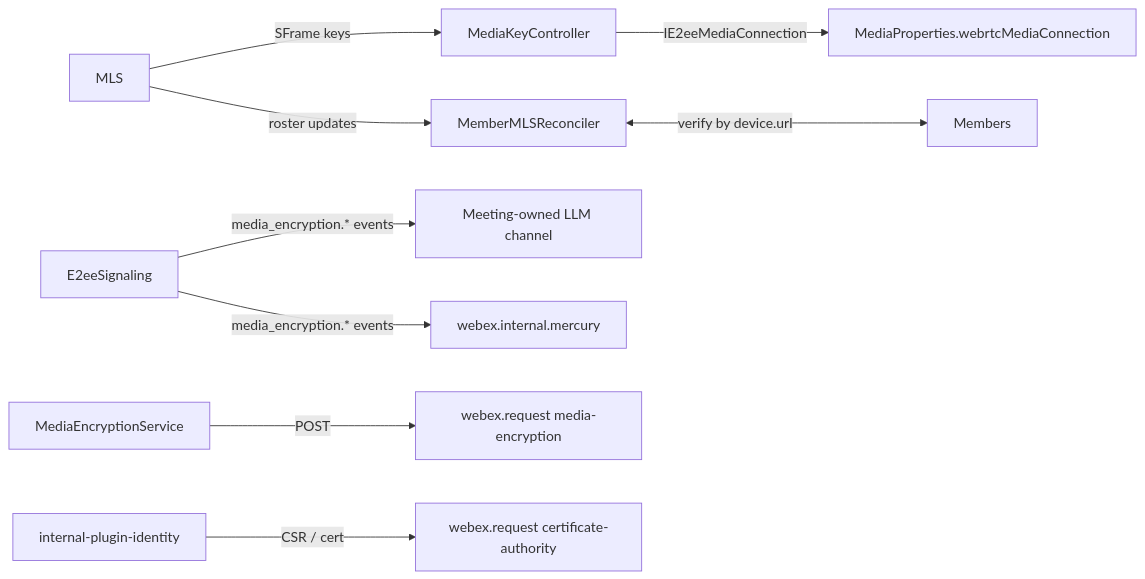
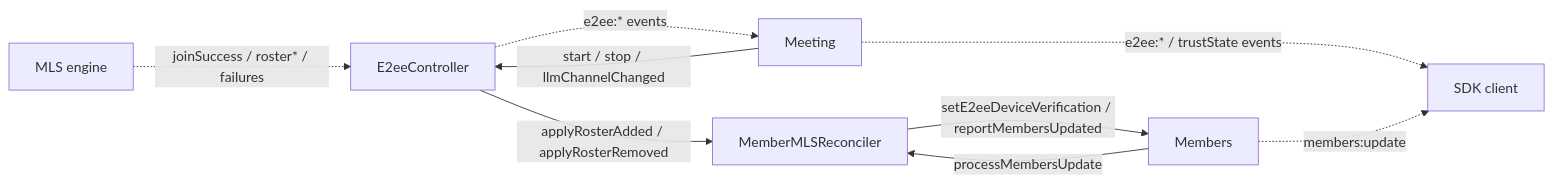
One commit to webex/webex-js-sdk changed the third of 3 diagrams in packages/@webex/plugin-meetings/src/e2ee/DESIGN.md. Above: the diagram before and after it, drawn with Mermaid. The commit also changed other lines of this file, not shown here.

````diff
--- a/packages/@webex/plugin-meetings/src/e2ee/DESIGN.md
+++ b/packages/@webex/plugin-meetings/src/e2ee/DESIGN.md
@@ -148,12 +101,11 @@
 ```mermaid
 graph LR
-    MLS[MLS] -->|SFrame keys| MediaCtl[MediaKeyController]
-    MediaCtl -->|IE2eeMediaConnection| MediaProps[MediaProperties.webrtcMediaConnection]
-    MLS -->|roster updates| Recon[MemberMLSReconciler]
-    Recon <-->|verify by device.url| Members
-
-    Sig[E2eeSignaling] -->|media_encryption.* events| LLM[Meeting-owned LLM channel]
-    Sig -->|media_encryption.* events| Mercury[webex.internal.mercury]
-    Svc[MediaEncryptionService] -->|POST| MES[webex.request media-encryption]
-    Ident[internal-plugin-identity] -->|CSR / cert| CA[webex.request certificate-authority]
+    MLS[MLS engine] -.->|joinSuccess / roster* / failures| Ctl[E2eeController]
+    Meeting -->|start / stop / llmChannelChanged| Ctl
+    Ctl -.->|e2ee:* events| Meeting
+    Meeting -.->|e2ee:* / trustState events| App[SDK client]
+    Ctl -->|applyRosterAdded / applyRosterRemoved| Recon[MemberMLSReconciler]
+    Members -->|processMembersUpdate| Recon
+    Recon -->|setE2eeDeviceVerification / reportMembersUpdated| Members
+    Members -.->|members:update| App
 ```
````
